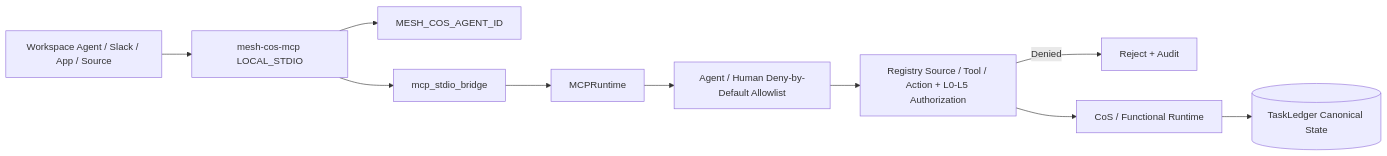
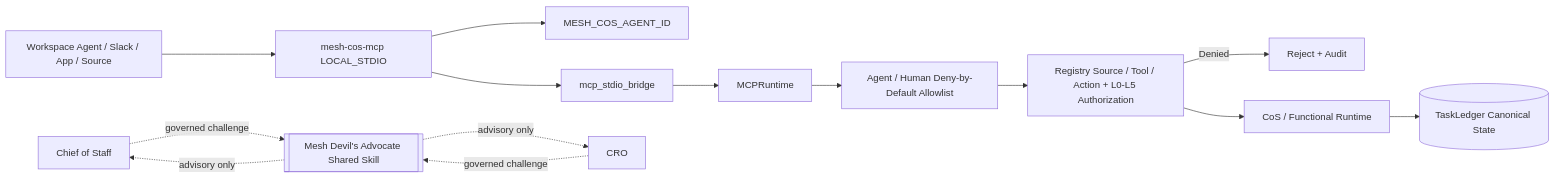
The diagram in SECURITY.md (mkleinbe/mesh-ai-agent-cos-universe), drawn with Mermaid before and after one commit. The commit also changed other lines of this file, not shown here.

Commit message:
docs: make v2 shared challenge boundary canonical in security policy

````diff
--- a/SECURITY.md
+++ b/SECURITY.md
@@ -32,12 +37,16 @@
 ```mermaid
 flowchart LR
     EXT[Workspace Agent / Slack / App / Source] --> MCP[mesh-cos-mcp LOCAL_STDIO]
     MCP --> ID[MESH_COS_AGENT_ID]
     MCP --> BRIDGE[mcp_stdio_bridge]
     BRIDGE --> RT[MCPRuntime]
     RT --> MPA[Agent / Human Deny-by-Default Allowlist]
     MPA --> AUTH[Registry Source / Tool / Action + L0-L5 Authorization]
     AUTH -->|Denied| BLOCK[Reject + Audit]
     AUTH --> SVC[CoS / Functional Runtime]
     SVC --> LEDGER[(TaskLedger Canonical State)]
+    COS[Chief of Staff] -. governed challenge .-> DA[[Mesh Devil's Advocate Shared Skill]]
+    CRO[CRO] -. governed challenge .-> DA
+    DA -. advisory only .-> COS
+    DA -. advisory only .-> CRO
 ```
````
